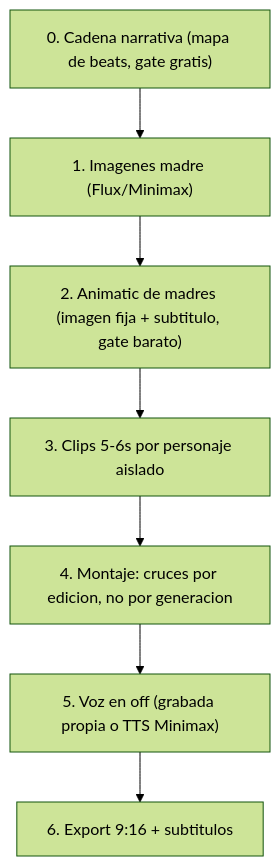
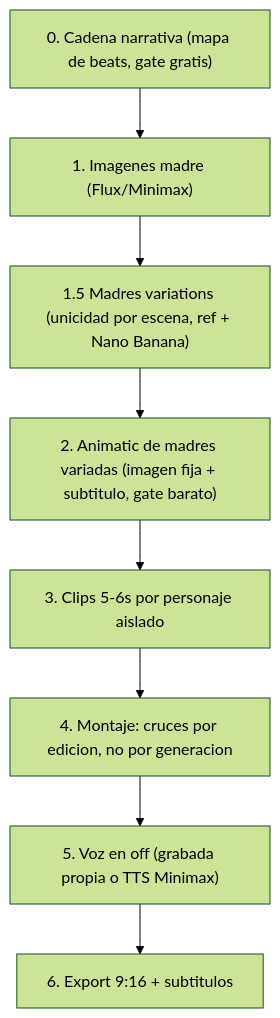
One commit to jorgeeferreyra/entorno_audiovisual_creativo changed the diagram in metodo/pipeline.md. Above: the diagram before and after it, drawn with Mermaid (forest theme). The commit also changed other lines of this file and 7 other files, not shown here.

````diff
--- a/metodo/pipeline.md
+++ b/metodo/pipeline.md
@@ -19,9 +19,10 @@
 ```mermaid
 flowchart TD
     A0["0. Cadena narrativa (mapa de beats, gate gratis)"] --> A["1. Imagenes madre (Flux/Minimax)"]
-    A --> A2["2. Animatic de madres (imagen fija + subtitulo, gate barato)"]
+    A --> A1["1.5 Madres variations (unicidad por escena, ref + Nano Banana)"]
+    A1 --> A2["2. Animatic de madres variadas (imagen fija + subtitulo, gate barato)"]
     A2 --> B["3. Clips 5-6s por personaje aislado"]
     B --> C["4. Montaje: cruces por edicion, no por generacion"]
     C --> D["5. Voz en off (grabada propia o TTS Minimax)"]
     D --> E["6. Export 9:16 + subtitulos"]
 ```
````
